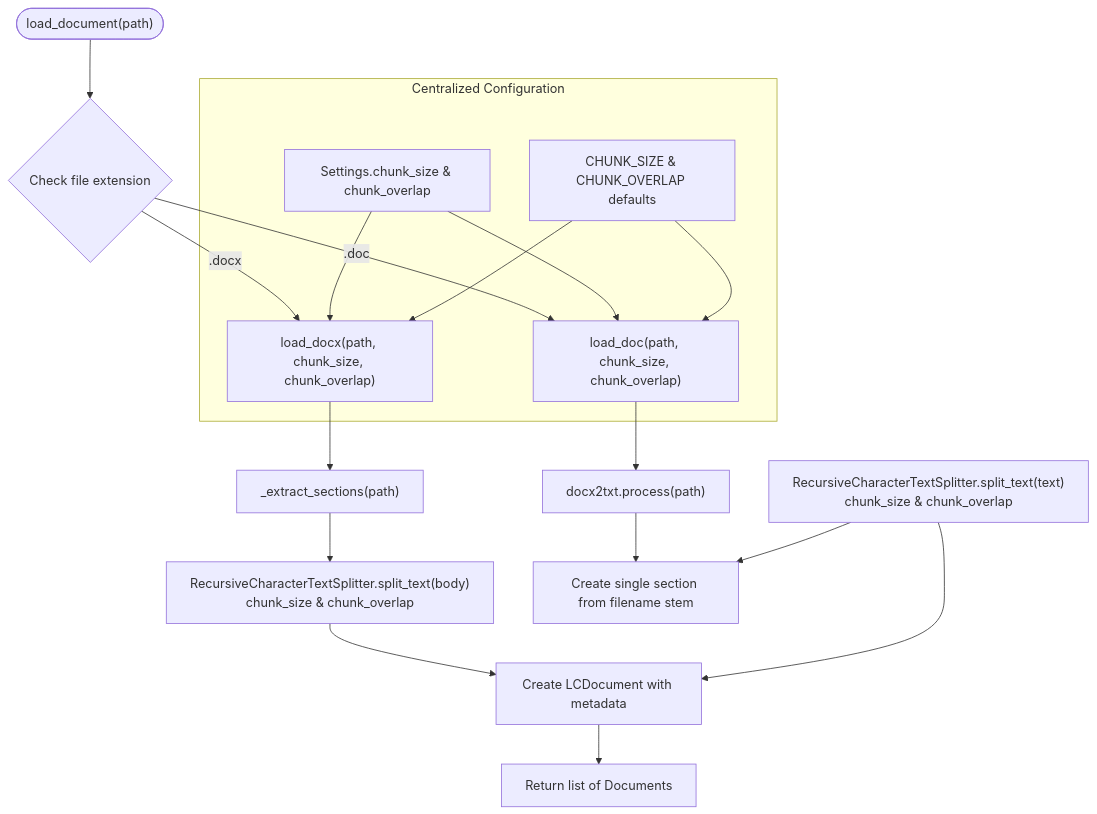
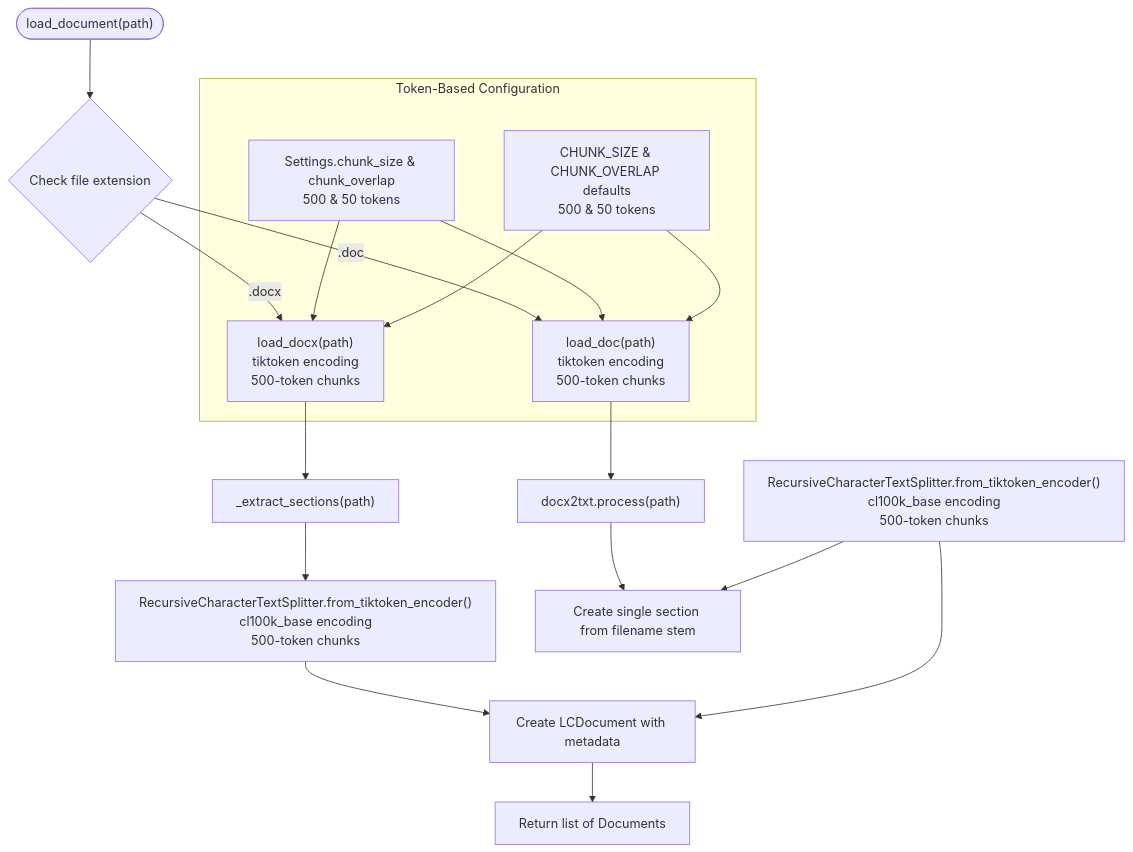
The third of 13 diagrams in .qoder/repowiki/en/content/RAG Integration/RAG Parser Enhancement.md (ognelis/cafetera_hr_bot), drawn with Mermaid before and after one commit. The commit also changed other lines of this file and 8 other files, not shown here.

````diff
--- a/.qoder/repowiki/en/content/RAG Integration/RAG Parser Enhancement.md
+++ b/.qoder/repowiki/en/content/RAG Integration/RAG Parser Enhancement.md
@@ -207,22 +204,22 @@
 ```mermaid
 flowchart TD
 Start(["load_document(path)"]) --> CheckExt{"Check file extension"}
-CheckExt --> |".docx"| LoadDocx["load_docx(path, chunk_size, chunk_overlap)"]
-CheckExt --> |".doc"| LoadDoc["load_doc(path, chunk_size, chunk_overlap)"]
+CheckExt --> |".docx"| LoadDocx["load_docx(path)<br/>tiktoken encoding<br/>500-token chunks"]
+CheckExt --> |".doc"| LoadDoc["load_doc(path)<br/>tiktoken encoding<br/>500-token chunks"]
 LoadDocx --> Extract["_extract_sections(path)"]
 LoadDoc --> ProcessLegacy["docx2txt.process(path)"]
-Extract --> Split["RecursiveCharacterTextSplitter.split_text(body)<br/>chunk_size & chunk_overlap"]
+Extract --> Split["RecursiveCharacterTextSplitter.from_tiktoken_encoder()<br/>cl100k_base encoding<br/>500-token chunks"]
 ProcessLegacy --> CreateSection["Create single section from filename stem"]
-SplitLegacy["RecursiveCharacterTextSplitter.split_text(text)<br/>chunk_size & chunk_overlap"] --> CreateSection
+SplitLegacy["RecursiveCharacterTextSplitter.from_tiktoken_encoder()<br/>cl100k_base encoding<br/>500-token chunks"] --> CreateSection
 Split --> Append["Create LCDocument with metadata"]
 SplitLegacy --> Append
 Append --> Return["Return list of Documents"]
-subgraph "Centralized Configuration"
-Config["Settings.chunk_size & chunk_overlap"]
-Default["CHUNK_SIZE & CHUNK_OVERLAP defaults"]
+subgraph "Token-Based Configuration"
+Config["Settings.chunk_size & chunk_overlap<br/>500 & 50 tokens"]
+Default["CHUNK_SIZE & CHUNK_OVERLAP defaults<br/>500 & 50 tokens"]
 Config --> LoadDocx
 Config --> LoadDoc
 Default --> LoadDocx
 Default --> LoadDoc
 end
 ```
````
